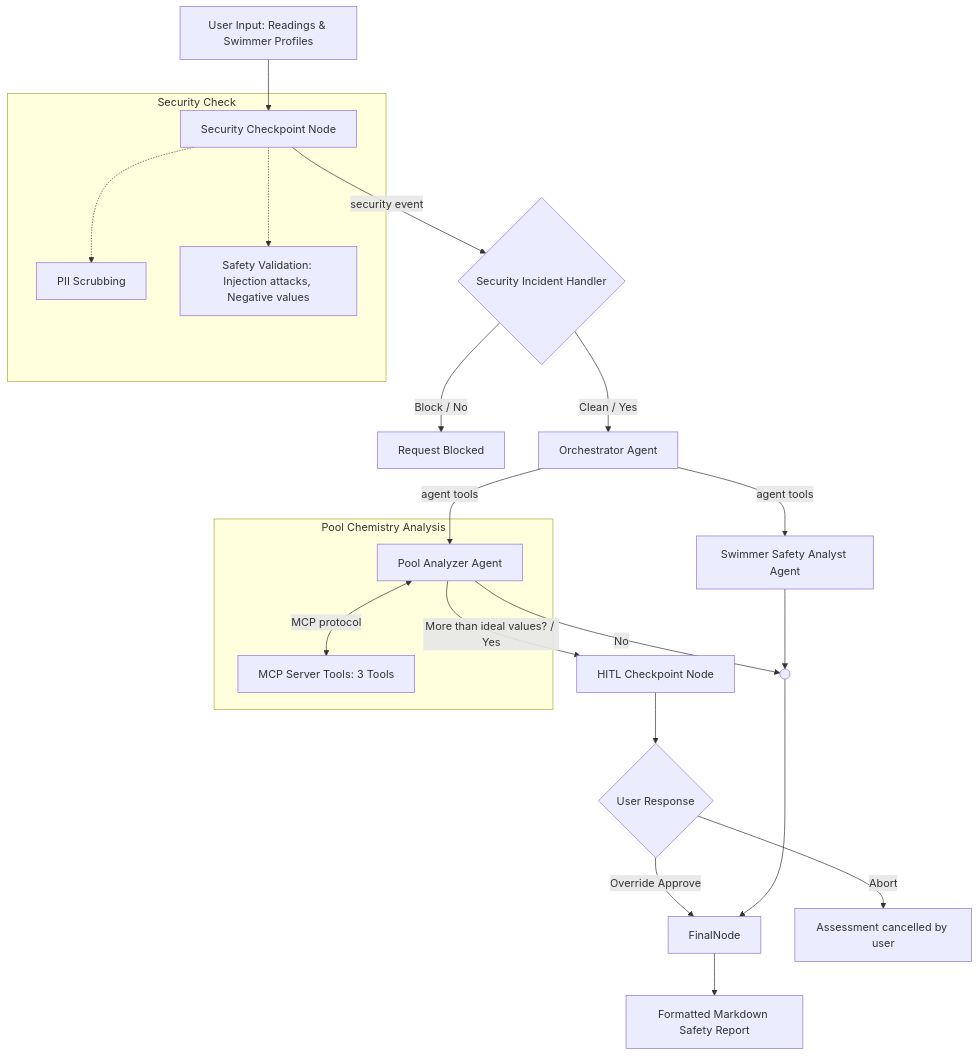
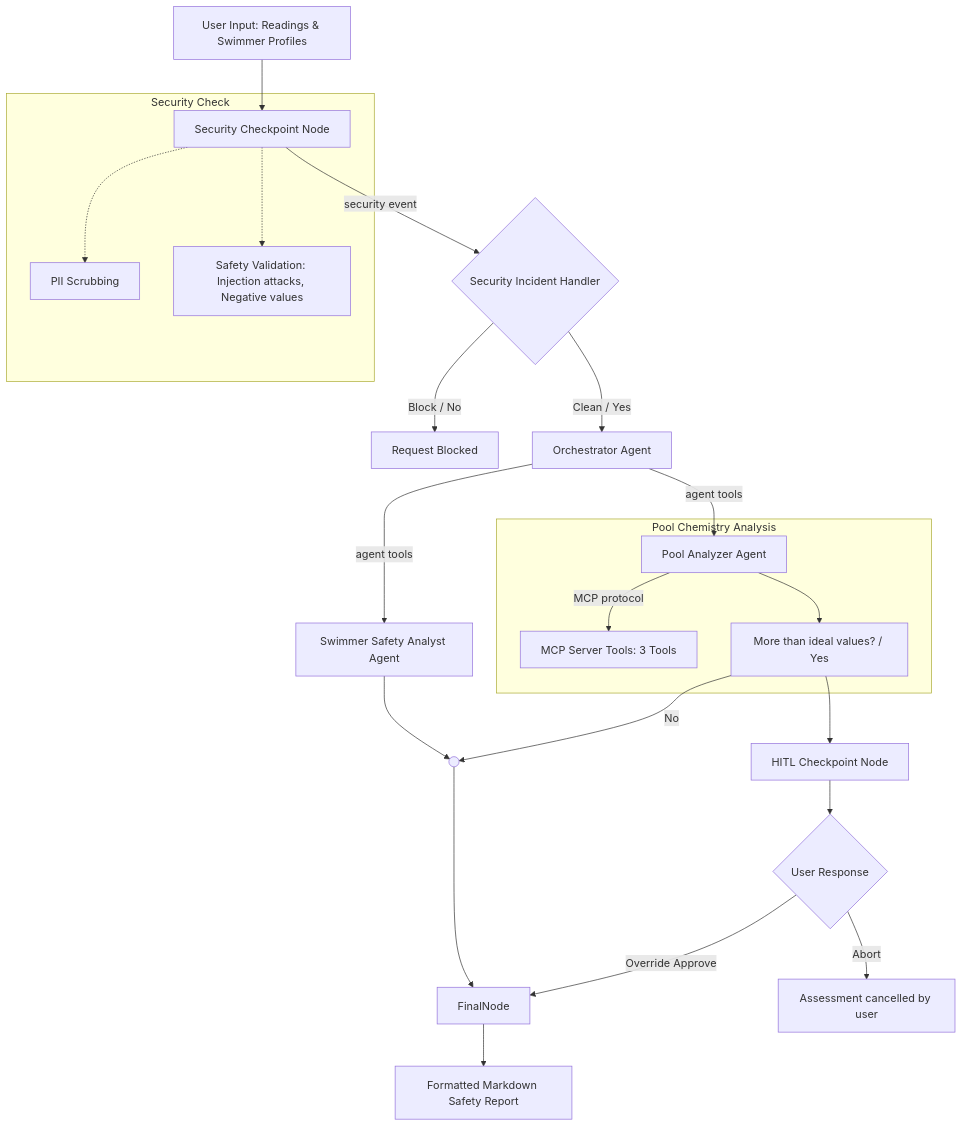
The diagram in README.md (sowmyaguda/SwimsafeAI), drawn with Mermaid before and after one commit.

Commit message:
Update Mermaid diagram structure to match screenshot format exactly

````diff
--- a/README.md
+++ b/README.md
@@ -51,37 +51,40 @@
 ```mermaid
 graph TD
     START[User Input: Readings & Swimmer Profiles] --> SecCheck[Security Checkpoint Node]
     
     subgraph Security Check
         SecCheck
         PII[PII Scrubbing]
         Val[Safety Validation: Injection attacks, Negative values]
         SecCheck -.-> PII
         SecCheck -.-> Val
     end
 
     SecCheck -->|security event| SecHandler{Security Incident Handler}
     SecHandler -->|Block / No| Blocked[Request Blocked]
     SecHandler -->|Clean / Yes| Orch[Orchestrator Agent]
     
     Orch -->|agent tools| PoolAna
     Orch -->|agent tools| SwimAna[Swimmer Safety Analyst Agent]
     
     subgraph Pool Chemistry Analysis
         PoolAna[Pool Analyzer Agent]
         MCPServer[MCP Server Tools: 3 Tools]
-        PoolAna <-->|MCP protocol| MCPServer
+        MoreThan[More than ideal values? / Yes]
+        
+        PoolAna -->|MCP protocol| MCPServer
+        PoolAna --> MoreThan
     end
     
-    PoolAna -->|More than ideal values? / Yes| HITL[HITL Checkpoint Node]
-    PoolAna -->|No| Join(( ))
+    MoreThan --> HITL[HITL Checkpoint Node]
+    MoreThan -->|No| Join(( ))
     SwimAna --> Join
     
     HITL --> UserConfirm{User Response}
-    UserConfirm -->|Override Approve| FinalNode
+    UserConfirm -->|Override Approve| FinalNode[FinalNode]
     UserConfirm -->|Abort| Cancelled[Assessment cancelled by user]
     
     Join --> FinalNode
     
     FinalNode --> Output[Formatted Markdown Safety Report]
 ```
````
